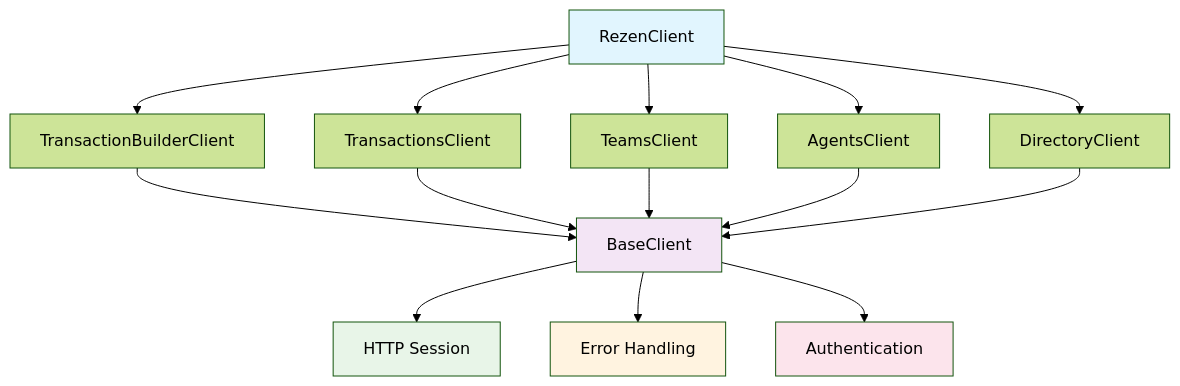
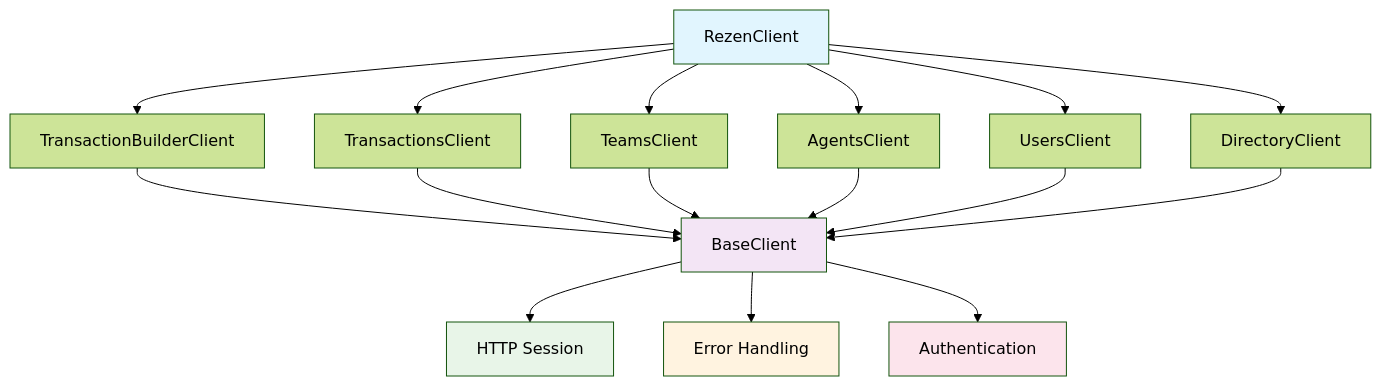
One commit to theperrygroup/rezen changed the diagram in docs/index.md. Above: the diagram before and after it, drawn with Mermaid (forest theme). The commit also changed other lines of this file and 21 other files, not shown here.

First line of the commit message:
feat: Major update v2.0.0 - Add Users API, enhanced validation, and improved error handling

````diff
--- a/docs/index.md
+++ b/docs/index.md
@@ -145,24 +146,26 @@
 ```mermaid
 graph TB
     A[RezenClient] --> B[TransactionBuilderClient]
     A --> C[TransactionsClient]
     A --> D[TeamsClient]
     A --> E[AgentsClient]
-    A --> F[DirectoryClient]
+    A --> F[UsersClient]
+    A --> G[DirectoryClient]
 
-    B --> G[BaseClient]
-    C --> G
-    D --> G
-    E --> G
-    F --> G
+    B --> H[BaseClient]
+    C --> H
+    D --> H
+    E --> H
+    F --> H
+    G --> H
 
-    G --> H[HTTP Session]
-    G --> I[Error Handling]
-    G --> J[Authentication]
+    H --> I[HTTP Session]
+    H --> J[Error Handling]
+    H --> K[Authentication]
 
     style A fill:#e1f5fe
-    style G fill:#f3e5f5
-    style H fill:#e8f5e8
-    style I fill:#fff3e0
-    style J fill:#fce4ec
+    style H fill:#f3e5f5
+    style I fill:#e8f5e8
+    style J fill:#fff3e0
+    style K fill:#fce4ec
 ```
````
